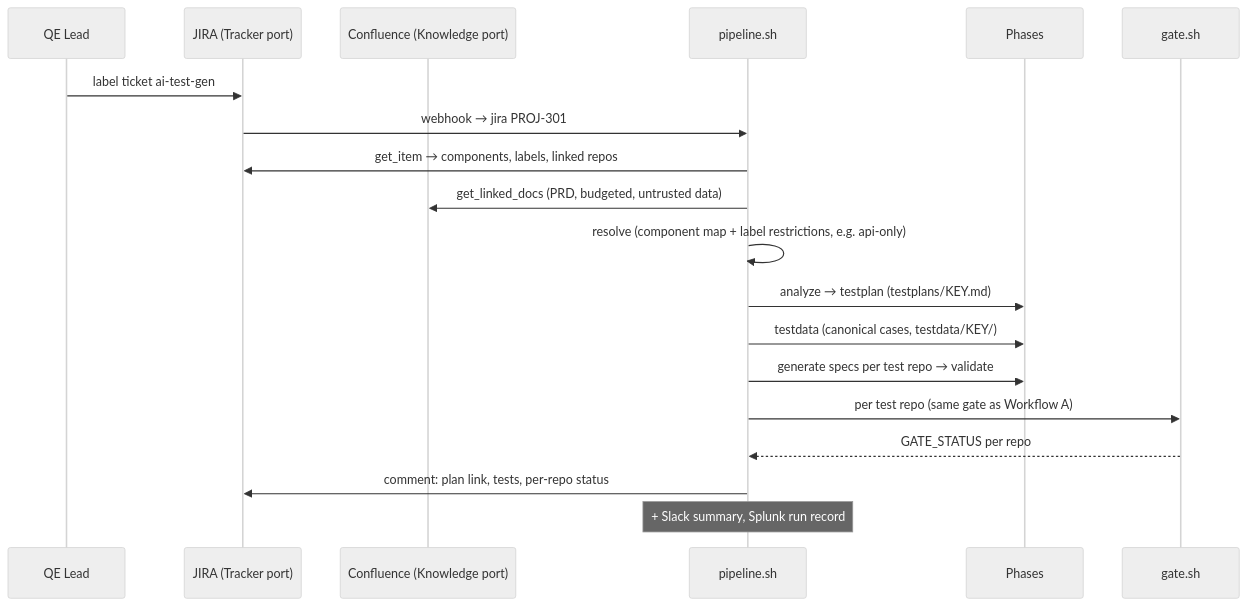
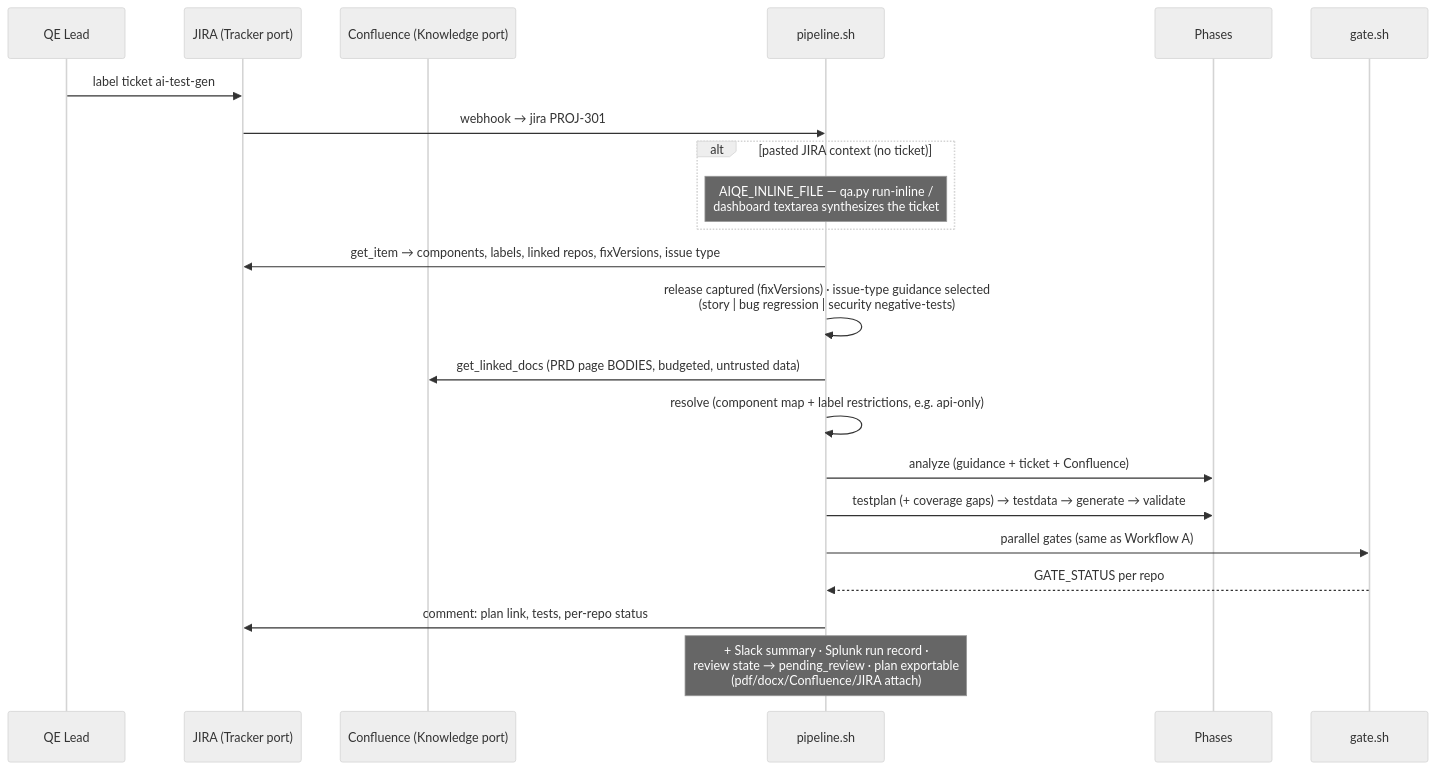
Before and after one commit to anandtopu/auto-tests-gen: the fourth of 11 diagrams in docs/diagrams.md, drawn with Mermaid (neutral theme). The commit also changed other lines of this file and 3 other files, not shown here.

First line of the commit message:
docs: bring documentation + architecture diagrams current with all shipped features

````diff
--- a/docs/diagrams.md
+++ b/docs/diagrams.md
@@ -96,22 +108,25 @@
 ```mermaid
 sequenceDiagram
     participant QE as QE Lead
     participant J as JIRA (Tracker port)
     participant C as Confluence (Knowledge port)
     participant P as pipeline.sh
     participant LLM as Phases
     participant G as gate.sh
 
     QE->>J: label ticket ai-test-gen
     J->>P: webhook → jira PROJ-301
-    P->>J: get_item → components, labels, linked repos
-    P->>C: get_linked_docs (PRD, budgeted, untrusted data)
+    alt pasted JIRA context (no ticket)
+        Note over P: AIQE_INLINE_FILE — qa.py run-inline /<br/>dashboard textarea synthesizes the ticket
+    end
+    P->>J: get_item → components, labels, linked repos, fixVersions, issue type
+    P->>P: release captured (fixVersions) · issue-type guidance selected<br/>(story | bug regression | security negative-tests)
+    P->>C: get_linked_docs (PRD page BODIES, budgeted, untrusted data)
     P->>P: resolve (component map + label restrictions, e.g. api-only)
-    P->>LLM: analyze → testplan (testplans/KEY.md)
-    P->>LLM: testdata (canonical cases, testdata/KEY/)
-    P->>LLM: generate specs per test repo → validate
-    P->>G: per test repo (same gate as Workflow A)
+    P->>LLM: analyze (guidance + ticket + Confluence)
+    P->>LLM: testplan (+ coverage gaps) → testdata → generate → validate
+    P->>G: parallel gates (same as Workflow A)
     G-->>P: GATE_STATUS per repo
     P->>J: comment: plan link, tests, per-repo status
-    Note over P: + Slack summary, Splunk run record
+    Note over P: + Slack summary · Splunk run record ·<br/>review state → pending_review · plan exportable<br/>(pdf/docx/Confluence/JIRA attach)
 ```
````
